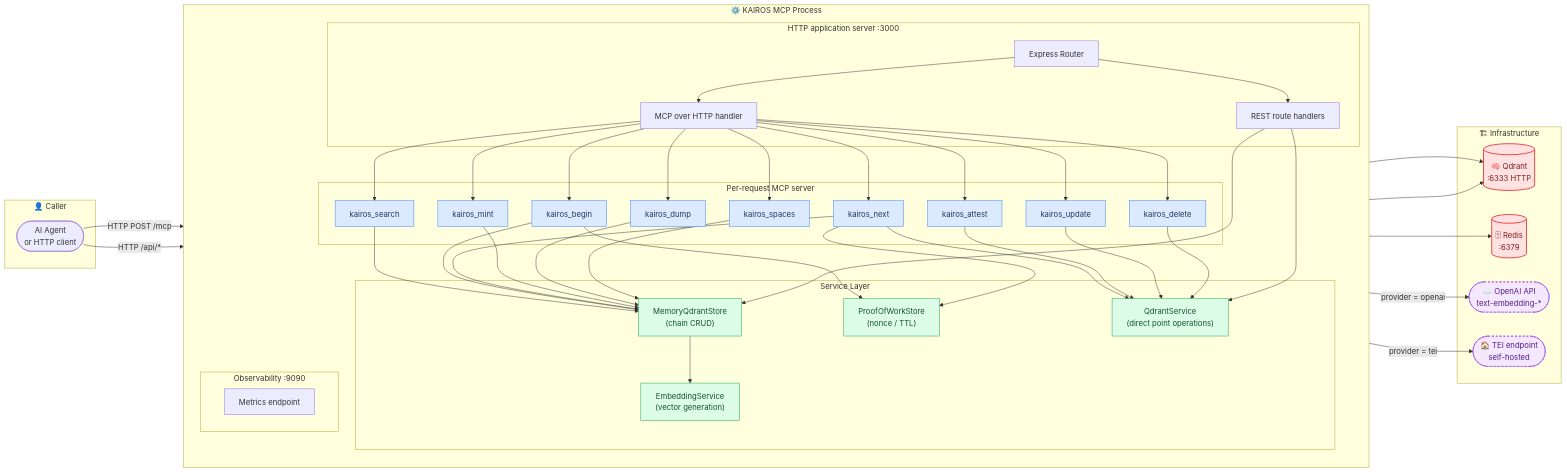
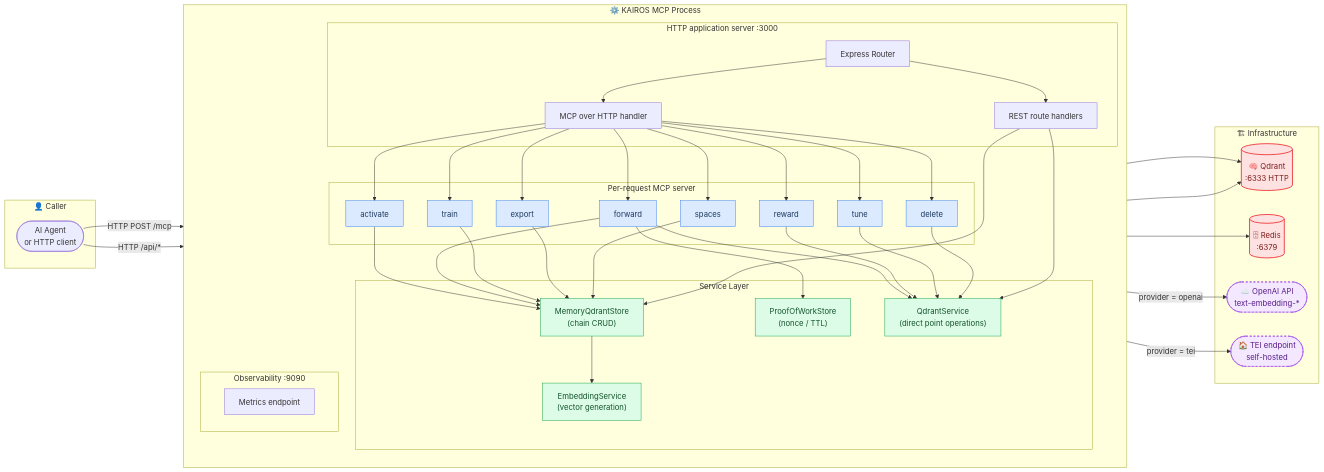
Before and after one commit to debian777/kairos-mcp: the third of 5 diagrams in docs/architecture/infrastructure.md, drawn with Mermaid. The commit also changed 54 other files, not shown here.

```diff
--- a/docs/architecture/infrastructure.md
+++ b/docs/architecture/infrastructure.md
@@ -184,15 +184,14 @@
         end
 
         subgraph REGISTRY["Per-request MCP server"]
-            T_SEARCH["kairos_search"]
-            T_BEGIN["kairos_begin"]
-            T_NEXT["kairos_next"]
-            T_MINT["kairos_mint"]
-            T_ATTEST["kairos_attest"]
-            T_UPD["kairos_update"]
-            T_DEL["kairos_delete"]
-            T_DUMP["kairos_dump"]
-            T_SPACES["kairos_spaces"]
+            T_ACTIVATE["activate"]
+            T_FORWARD["forward"]
+            T_TRAIN["train"]
+            T_REWARD["reward"]
+            T_TUNE["tune"]
+            T_DEL["delete"]
+            T_EXPORT["export"]
+            T_SPACES["spaces"]
         end
 
         subgraph SERVICES["Service Layer"]
@@ -226,17 +225,16 @@
     AGT   -->|"HTTP /api/*"| EXP
     EXP   --> MCPH
     EXP   --> API
-    MCPH  --> T_SEARCH & T_BEGIN & T_NEXT & T_MINT & T_ATTEST & T_UPD & T_DEL & T_DUMP & T_SPACES
+    MCPH  --> T_ACTIVATE & T_FORWARD & T_TRAIN & T_REWARD & T_TUNE & T_DEL & T_EXPORT & T_SPACES
 
-    T_SEARCH --> MEM_SVC
-    T_BEGIN  --> MEM_SVC & POW_SVC
-    T_NEXT   --> MEM_SVC & POW_SVC & QDRANT_SVC
-    T_MINT   --> MEM_SVC
-    T_ATTEST --> QDRANT_SVC
-    T_UPD    --> QDRANT_SVC
-    T_DEL    --> QDRANT_SVC
-    T_DUMP   --> MEM_SVC
-    T_SPACES --> MEM_SVC
+    T_ACTIVATE --> MEM_SVC
+    T_FORWARD  --> MEM_SVC & POW_SVC & QDRANT_SVC
+    T_TRAIN    --> MEM_SVC
+    T_REWARD   --> QDRANT_SVC
+    T_TUNE     --> QDRANT_SVC
+    T_DEL      --> QDRANT_SVC
+    T_EXPORT   --> MEM_SVC
+    T_SPACES   --> MEM_SVC
     API      --> MEM_SVC & QDRANT_SVC
 
     MEM_SVC  --> EMB_SVC
@@ -252,7 +250,7 @@
     classDef infra fill:#fee2e2,stroke:#ef4444,color:#7f1d1d,stroke-width:2px
     classDef ext   fill:#f3e8ff,stroke:#9333ea,color:#581c87,stroke-width:1px,stroke-dasharray:4
 
-    class T_SEARCH,T_BEGIN,T_NEXT,T_MINT,T_ATTEST,T_UPD,T_DEL,T_DUMP,T_SPACES tool
+    class T_ACTIVATE,T_FORWARD,T_TRAIN,T_REWARD,T_TUNE,T_DEL,T_EXPORT,T_SPACES tool
     class MEM_SVC,EMB_SVC,POW_SVC,QDRANT_SVC svc
     class QDRANT_DB,REDIS_DB infra
     class OPENAI,TEI ext
```
